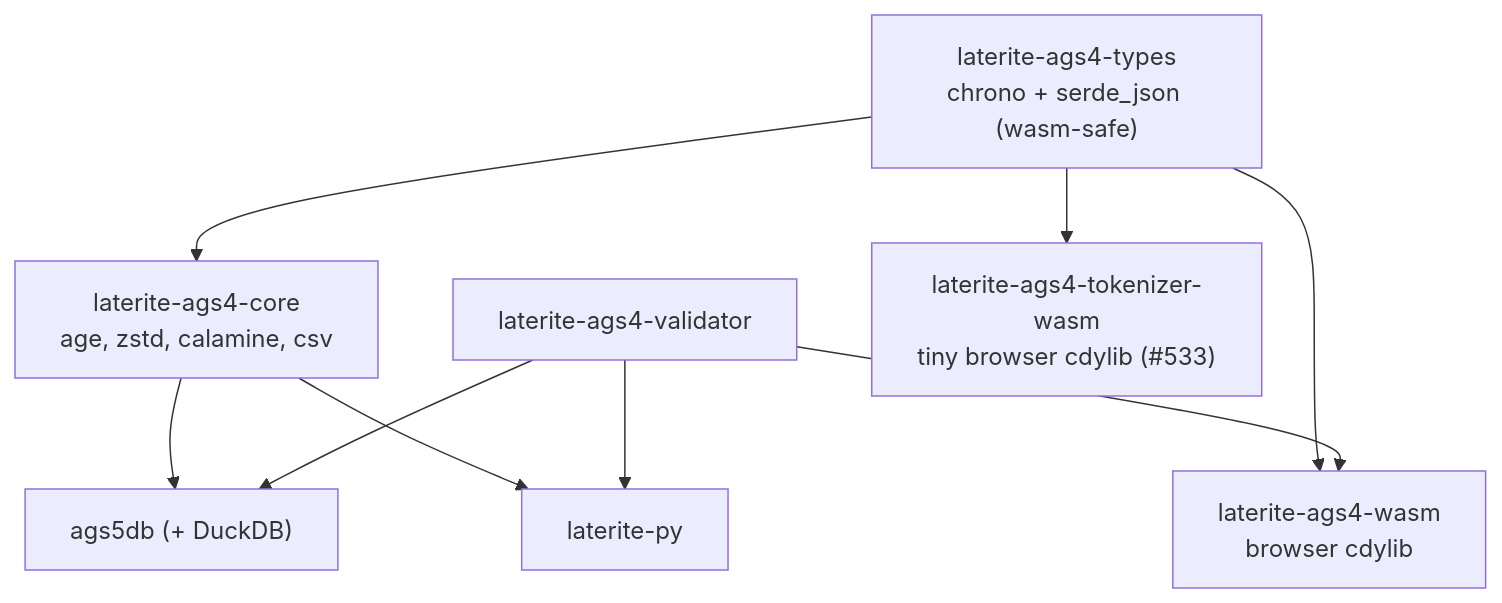
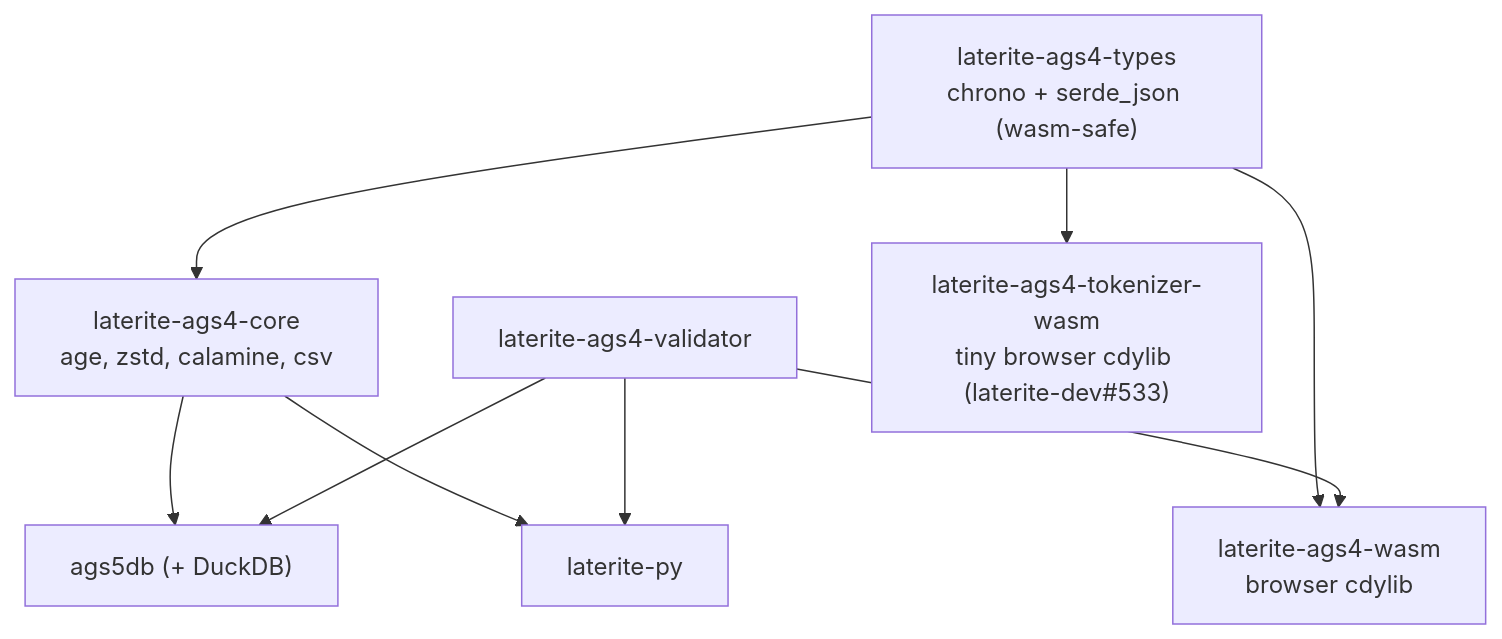
One commit to niko86/laterite changed the second of 2 diagrams in ags-wiki/design/dec-laterite-ags4-types-leaf.md. Above: the diagram before and after it, drawn with Mermaid. The commit also changed other lines of this file and 191 other files, not shown here.

````diff
--- a/ags-wiki/design/dec-laterite-ags4-types-leaf.md
+++ b/ags-wiki/design/dec-laterite-ags4-types-leaf.md
@@ -165,18 +165,18 @@
 ```mermaid
 graph TD
   types["laterite-ags4-types<br/>chrono + serde_json (wasm-safe)"]
   core["laterite-ags4-core<br/>age, zstd, calamine, csv"]
   db["ags5db (+ DuckDB)"]
   laterite["laterite-py"]
   validator["laterite-ags4-validator"]
   wasm["laterite-ags4-wasm<br/>browser cdylib"]
-  tokwasm["laterite-ags4-tokenizer-wasm<br/>tiny browser cdylib (#533)"]
+  tokwasm["laterite-ags4-tokenizer-wasm<br/>tiny browser cdylib (laterite-dev#533)"]
   types --> core
   types --> wasm
   types --> tokwasm
   core --> db
   core --> laterite
   validator --> wasm
   validator --> db
   validator --> laterite
 ```
````
